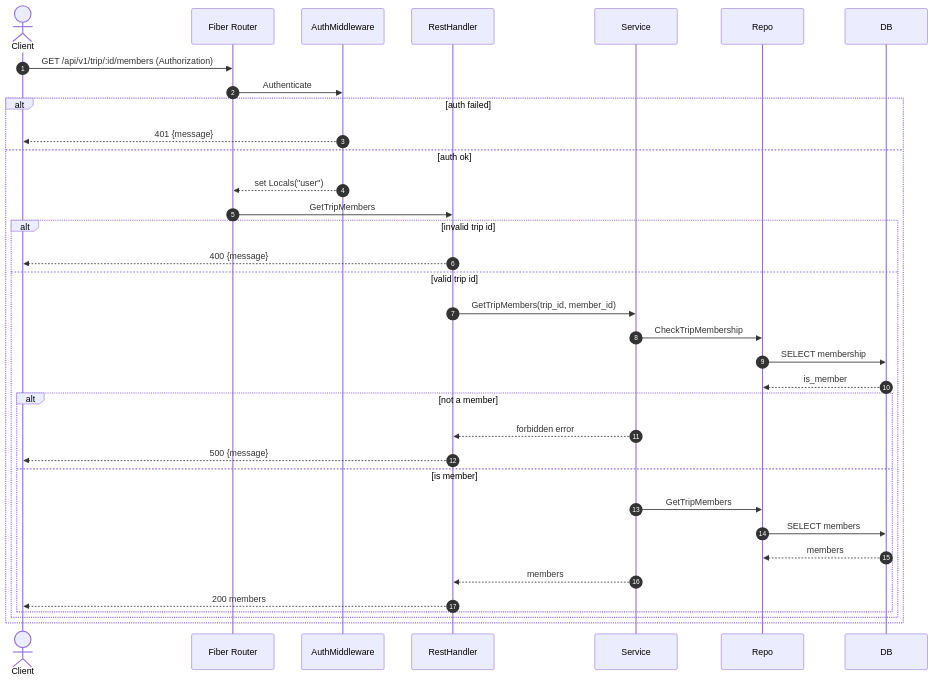
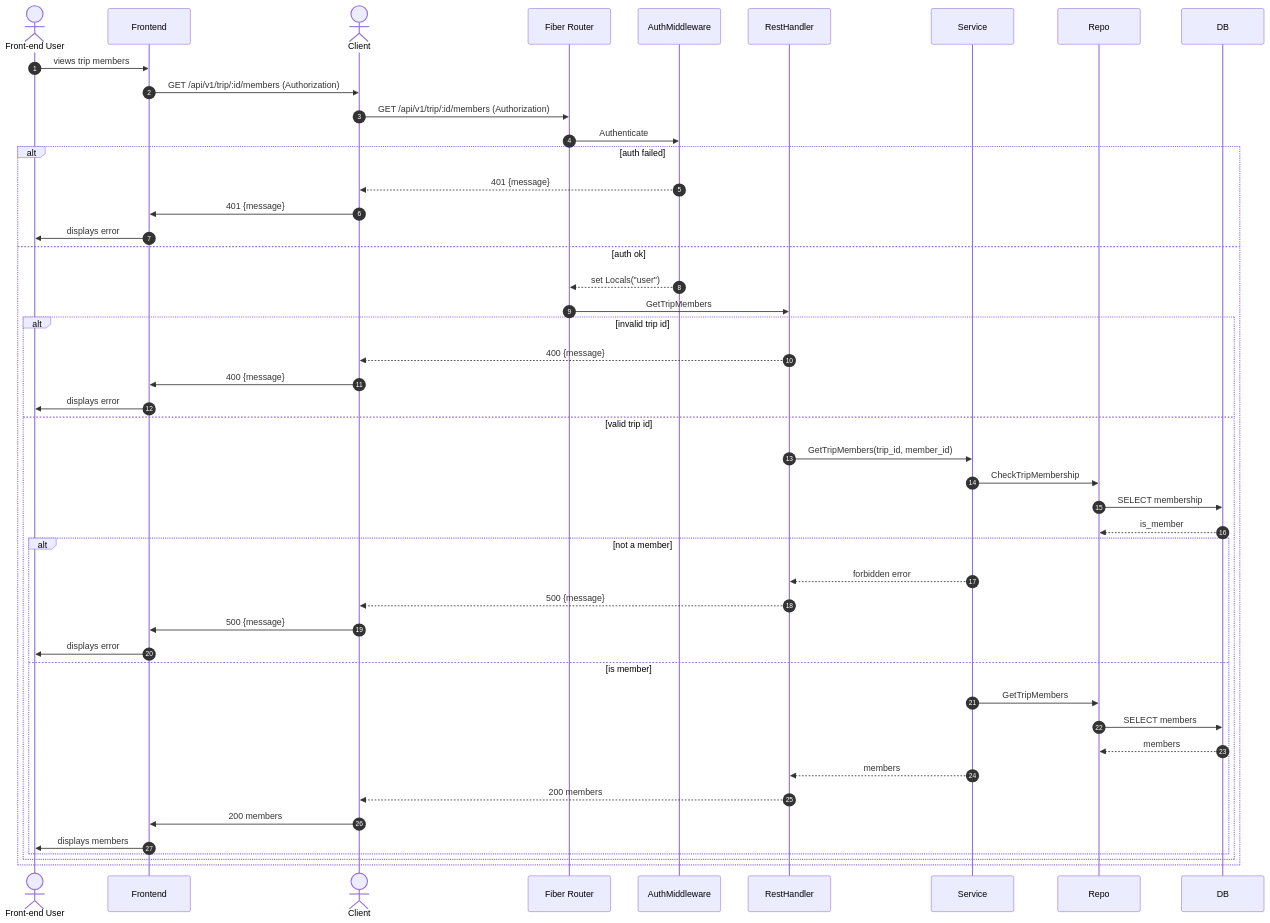
One commit to kritpi/499-senior-project-trip-service changed the diagram in diagram/rest_get_api_v1_trip_id_members.mmd. Above: the diagram before and after it, drawn with Mermaid. The commit also changed 16 other files, not shown here.

Commit message:
docs: update sequence diagrams with frontend interactions (commit with Antigravity)

```diff
--- a/diagram/rest_get_api_v1_trip_id_members.mmd
+++ b/diagram/rest_get_api_v1_trip_id_members.mmd
@@ -1,36 +1,48 @@
 sequenceDiagram
     autonumber
+    actor User as Front-end User
+    participant Frontend
     actor Client
     participant Fiber as Fiber Router
     participant Auth as AuthMiddleware
     participant Handler as RestHandler
     participant Service
     participant Repo
     participant DB
 
+    User->>Frontend: views trip members
+    Frontend->>Client: GET /api/v1/trip/:id/members (Authorization)
     Client->>Fiber: GET /api/v1/trip/:id/members (Authorization)
     Fiber->>Auth: Authenticate
     alt auth failed
         Auth-->>Client: 401 {message}
+        Client->>Frontend: 401 {message}
+        Frontend->>User: displays error
     else auth ok
         Auth-->>Fiber: set Locals("user")
         Fiber->>Handler: GetTripMembers
         alt invalid trip id
             Handler-->>Client: 400 {message}
+            Client->>Frontend: 400 {message}
+            Frontend->>User: displays error
         else valid trip id
             Handler->>Service: GetTripMembers(trip_id, member_id)
             Service->>Repo: CheckTripMembership
             Repo->>DB: SELECT membership
             DB-->>Repo: is_member
             alt not a member
                 Service-->>Handler: forbidden error
                 Handler-->>Client: 500 {message}
+                Client->>Frontend: 500 {message}
+                Frontend->>User: displays error
             else is member
                 Service->>Repo: GetTripMembers
                 Repo->>DB: SELECT members
                 DB-->>Repo: members
                 Service-->>Handler: members
                 Handler-->>Client: 200 members
+                Client->>Frontend: 200 members
+                Frontend->>User: displays members
             end
         end
     end
```
